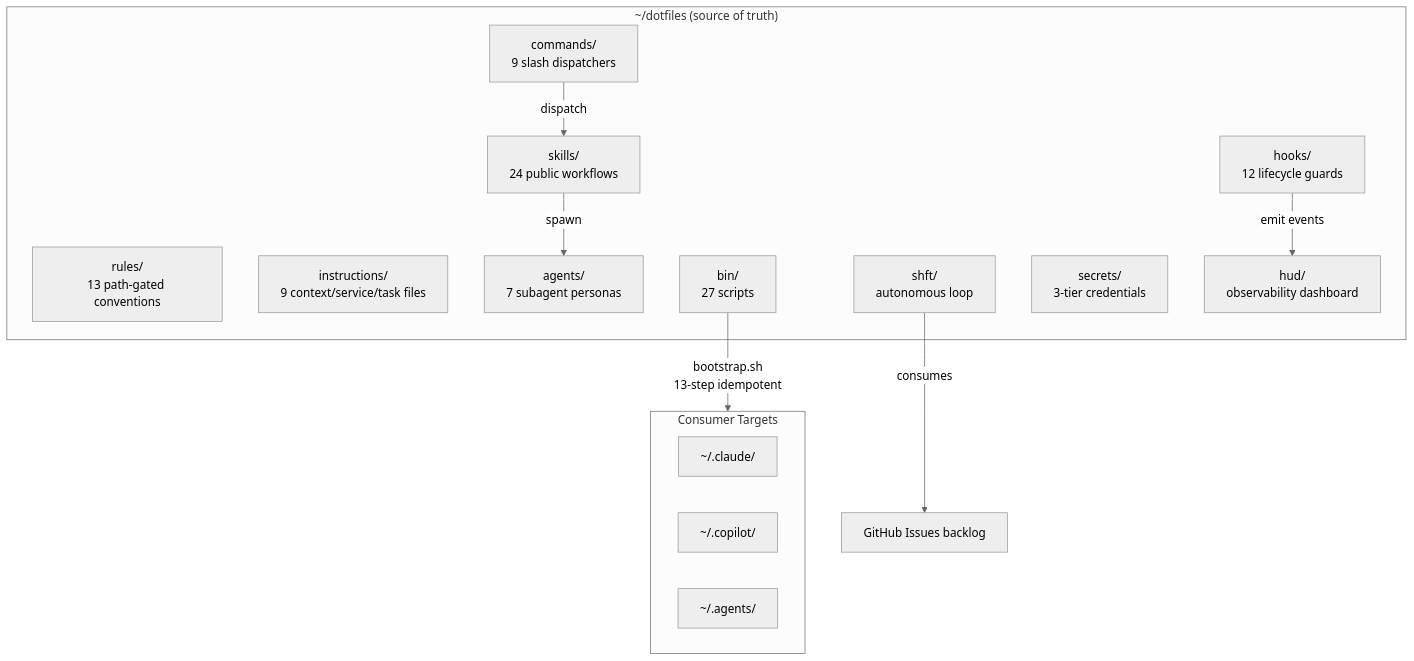
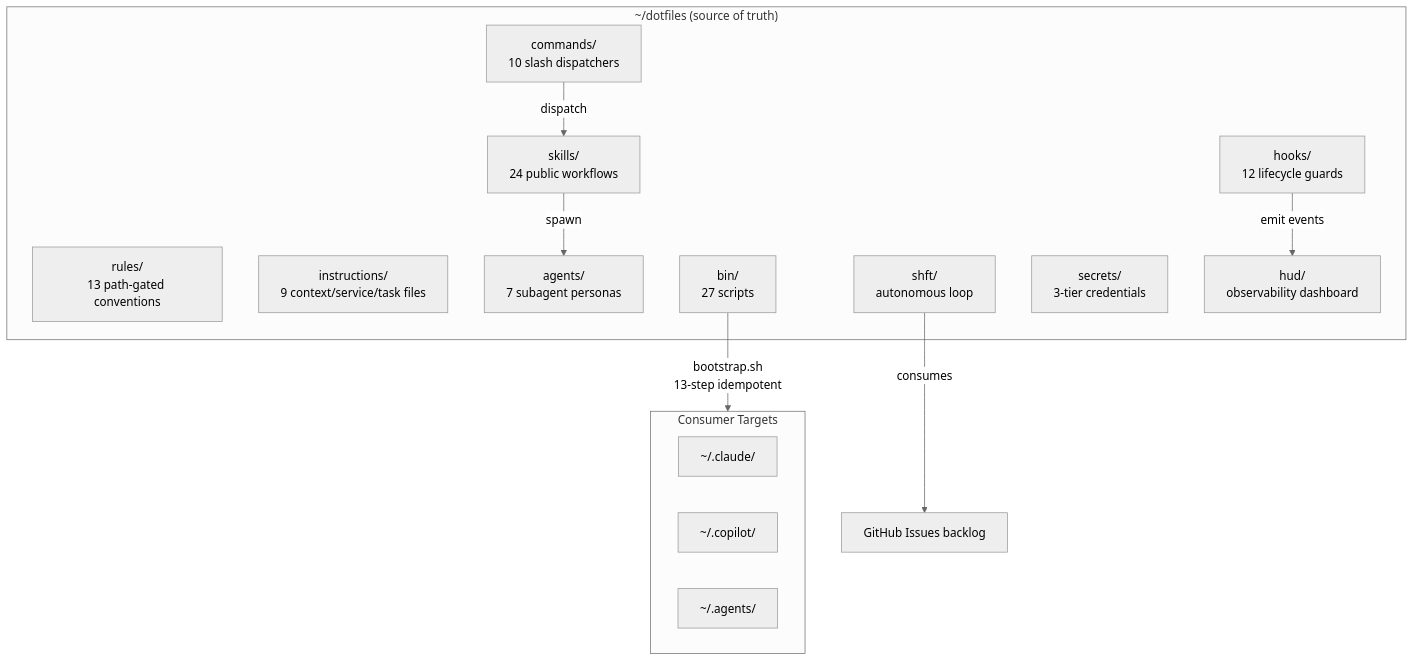
The diagram in docs/ARCHITECTURE.md (arndvs/ctrlshft), drawn with Mermaid (neutral theme) before and after one commit. The commit also changed other lines of this file and 1 other file, not shown here.

Commit message:
feat(commands): add /check dispatcher for session-close
Addresses Copilot review on PR #75:
- skills/session-close/SKILL.md:8 — "advertises /check but no commands/check.md exists"

Adds the missing dispatcher so /check loads session-close skill.

````diff
--- a/docs/ARCHITECTURE.md
+++ b/docs/ARCHITECTURE.md
@@ -12,27 +12,27 @@
 ```mermaid
 graph TB
     subgraph "~/dotfiles (source of truth)"
         RULES["rules/<br/>13 path-gated conventions"]
         INST["instructions/<br/>9 context/service/task files"]
         SKILLS["skills/<br/>24 public workflows"]
         AGENTS["agents/<br/>7 subagent personas"]
-        CMDS["commands/<br/>9 slash dispatchers"]
+        CMDS["commands/<br/>10 slash dispatchers"]
         HOOKS["hooks/<br/>12 lifecycle guards"]
         BIN["bin/<br/>27 scripts"]
         SHFT["shft/<br/>autonomous loop"]
         SECRETS["secrets/<br/>3-tier credentials"]
         HUD["hud/<br/>observability dashboard"]
     end
 
     BIN -->|"bootstrap.sh<br/>13-step idempotent"| CONSUMERS
     subgraph CONSUMERS["Consumer Targets"]
         CLAUDE["~/.claude/"]
         COPILOT["~/.copilot/"]
         AGENTSDIR["~/.agents/"]
     end
 
     CMDS -->|"dispatch"| SKILLS
     SKILLS -->|"spawn"| AGENTS
     HOOKS -->|"emit events"| HUD
     SHFT -->|"consumes"| ISSUES["GitHub Issues backlog"]
 ```
````
